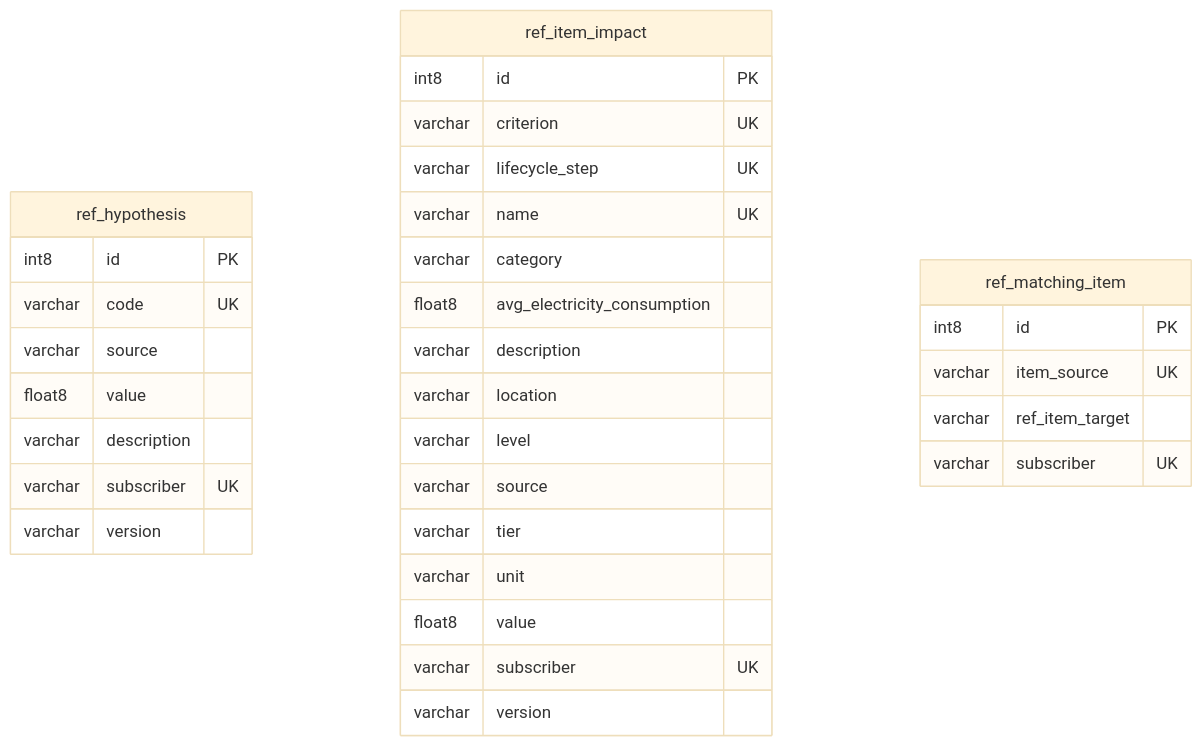
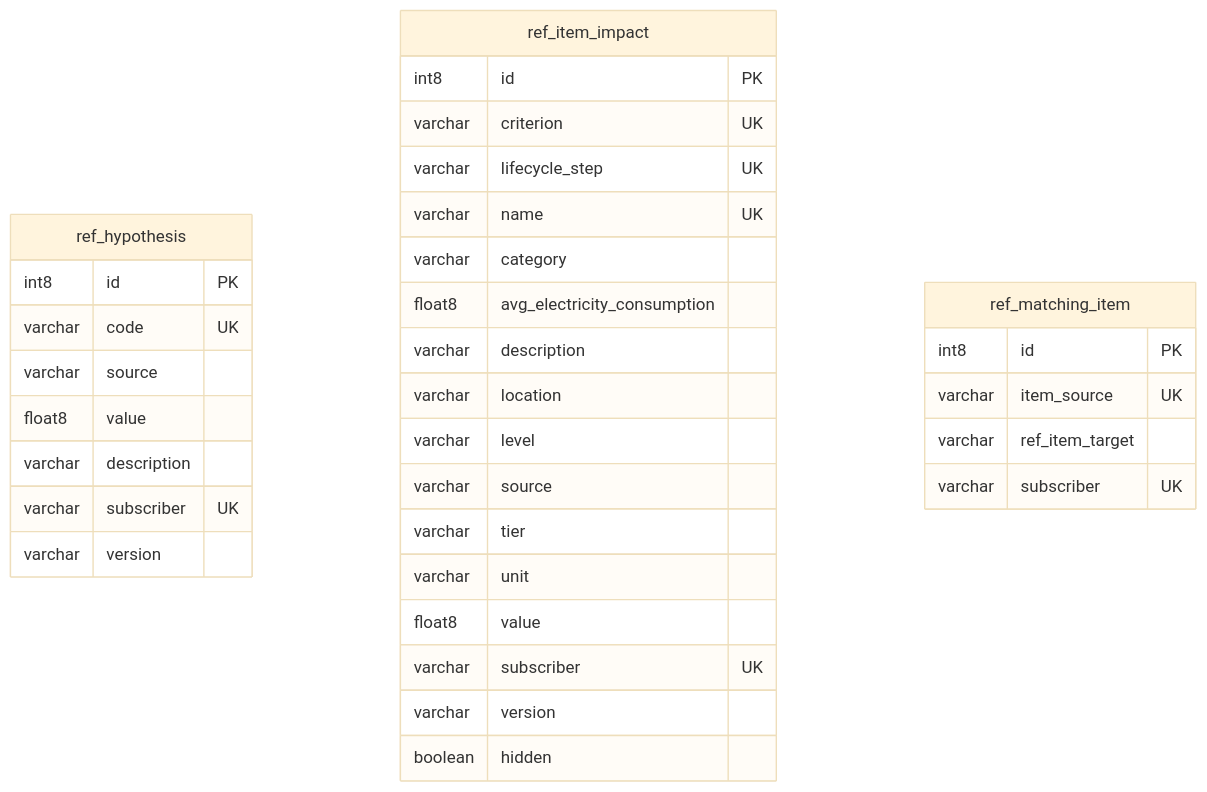
The diagram in services/documentation/content/3-technical-documentation/4-backend_documentation/db_documentation/referential/correspondences_for_impact_calculation/_index.md (teamg4it/g4it), drawn with Mermaid (base theme) before and after one commit. The commit also changed other lines of this file and 1 other file, not shown here.

Commit message:
feat(2035): documentation added for hide ref values

````diff
--- a/services/documentation/content/3-technical-documentation/4-backend_documentation/db_documentation/referential/correspondences_for_impact_calculation/_index.md
+++ b/services/documentation/content/3-technical-documentation/4-backend_documentation/db_documentation/referential/correspondences_for_impact_calculation/_index.md
@@ -8,36 +8,37 @@
 ```mermaid
 erDiagram 
 
   ref_hypothesis {
     int8 id PK
     varchar code UK
     varchar source
     float8 value
     varchar description
     varchar subscriber UK
     varchar version
   }
   ref_item_impact {
     int8 id PK
     varchar criterion UK
     varchar lifecycle_step UK
     varchar name UK
     varchar category
     float8 avg_electricity_consumption
     varchar description
     varchar location
     varchar level
     varchar source
     varchar tier
     varchar unit
     float8 value
     varchar subscriber UK
     varchar version
+    boolean hidden
   }
   ref_matching_item {
     int8 id PK
     varchar item_source UK
     varchar ref_item_target
     varchar subscriber UK
   }
 ``` 
````
